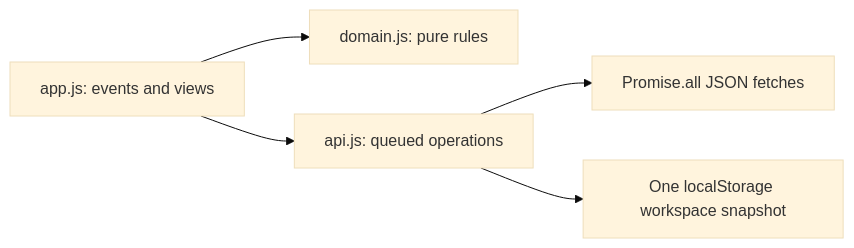
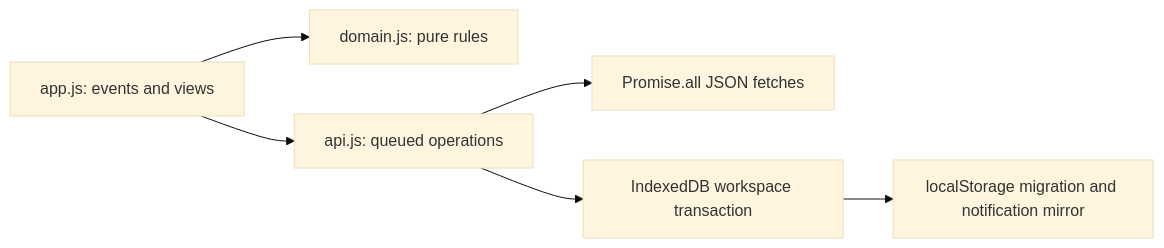
The diagram in README.md (alssl27/propertyflow-final), drawn with Mermaid (base theme) before and after one commit. The commit also changed other lines of this file and 70 other files, not shown here.

````diff
--- a/README.md
+++ b/README.md
@@ -94,7 +95,8 @@
 ```mermaid
 flowchart LR
     UI[app.js: events and views] --> Rules[domain.js: pure rules]
     UI --> API[api.js: queued operations]
     API --> Fetch[Promise.all JSON fetches]
-    API --> Store[One localStorage workspace snapshot]
+    API --> Store[IndexedDB workspace transaction]
+    Store --> Mirror[localStorage migration and notification mirror]
 ```
````
